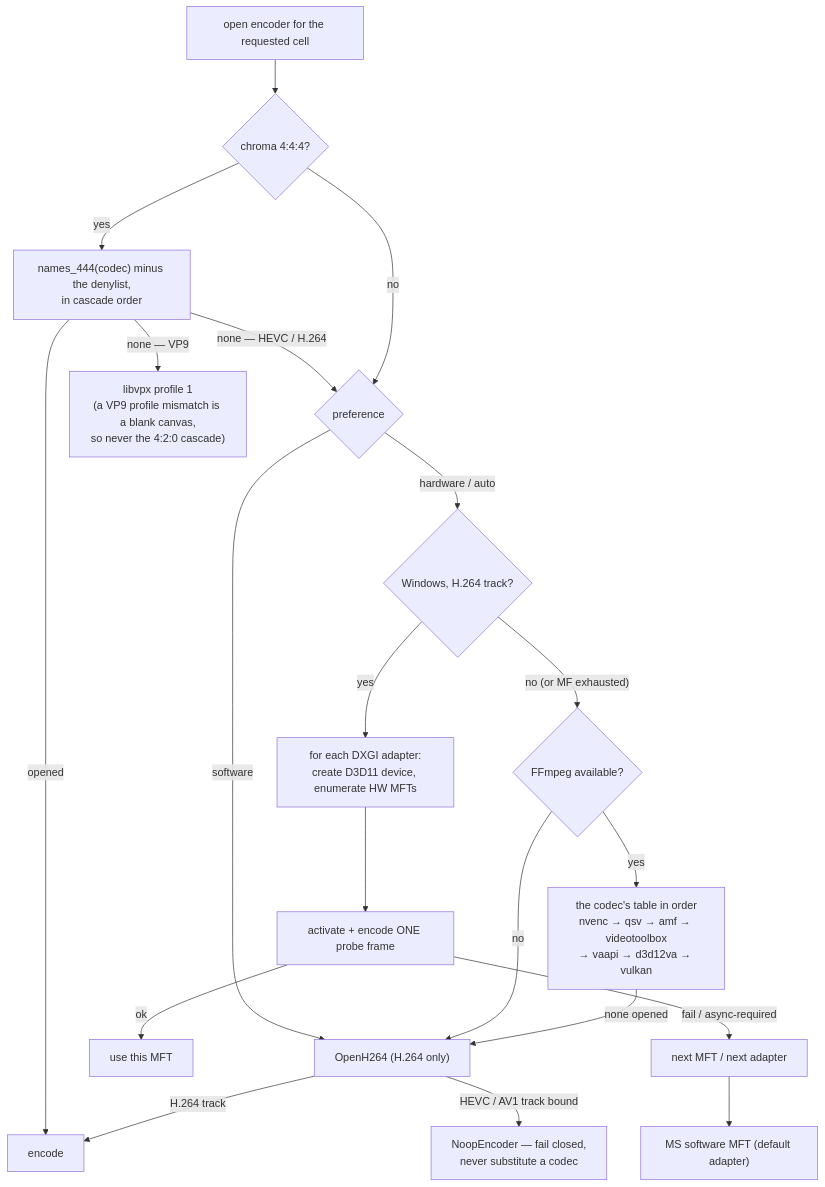
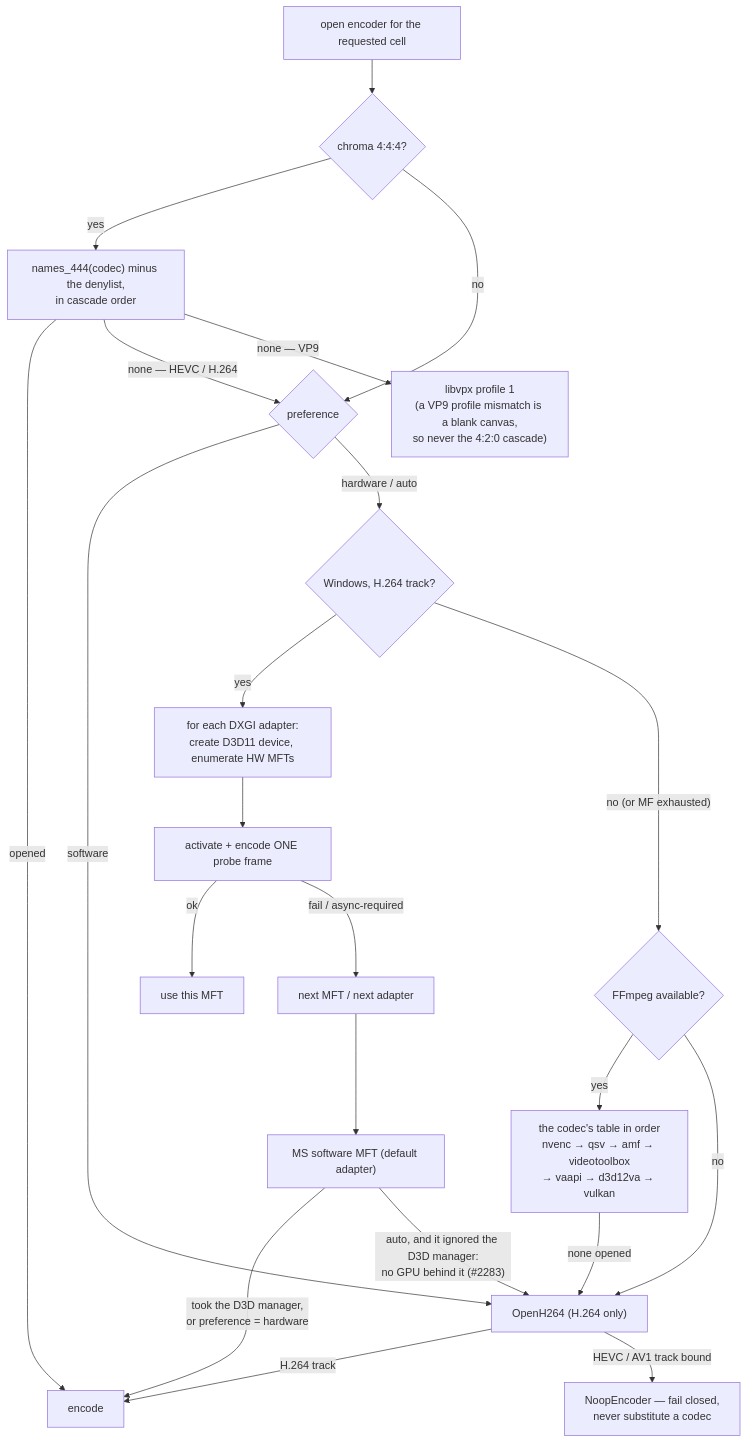
The fourth of 7 diagrams in docs/encoders.md (gjovanov/roomler-ai), drawn with Mermaid before and after one commit. The commit also changed other lines of this file and 4 other files, not shown here.

````diff
--- a/docs/encoders.md
+++ b/docs/encoders.md
@@ -284,22 +284,24 @@
 ```mermaid
 flowchart TB
     START["open encoder for the requested cell"] --> C444{chroma 4:4:4?}
     C444 -->|yes| N444["names_444(codec) minus the denylist,<br/>in cascade order"]
     N444 -->|opened| OK["encode"]
     N444 -->|"none — HEVC / H.264"| PREF
     N444 -->|"none — VP9"| VPX["libvpx profile 1<br/>(a VP9 profile mismatch is a blank canvas,<br/>so never the 4:2:0 cascade)"]
     C444 -->|no| PREF{"preference"}
     PREF -->|software| SW["OpenH264 (H.264 only)"]
     PREF -->|hardware / auto| MFQ{"Windows, H.264 track?"}
     MFQ -->|yes| ADP["for each DXGI adapter:<br/>create D3D11 device, enumerate HW MFTs"]
     ADP --> PROBE["activate + encode ONE probe frame"]
     PROBE -->|ok| USE["use this MFT"]
     PROBE -->|"fail / async-required"| NEXT["next MFT / next adapter"]
     NEXT --> SWMFT["MS software MFT (default adapter)"]
+    SWMFT -->|"took the D3D manager,<br/>or preference = hardware"| OK
+    SWMFT -->|"auto, and it ignored the D3D manager:<br/>no GPU behind it (#2283)"| SW
     MFQ -->|"no (or MF exhausted)"| FF{"FFmpeg available?"}
     FF -->|yes| CASC["the codec's table in order<br/>nvenc → qsv → amf → videotoolbox<br/>→ vaapi → d3d12va → vulkan"]
     FF -->|no| SW
     CASC -->|none opened| SW
     SW -->|"H.264 track"| OK
     SW -->|"HEVC / AV1 track bound"| NOOP["NoopEncoder — fail closed,<br/>never substitute a codec"]
 ```
````
